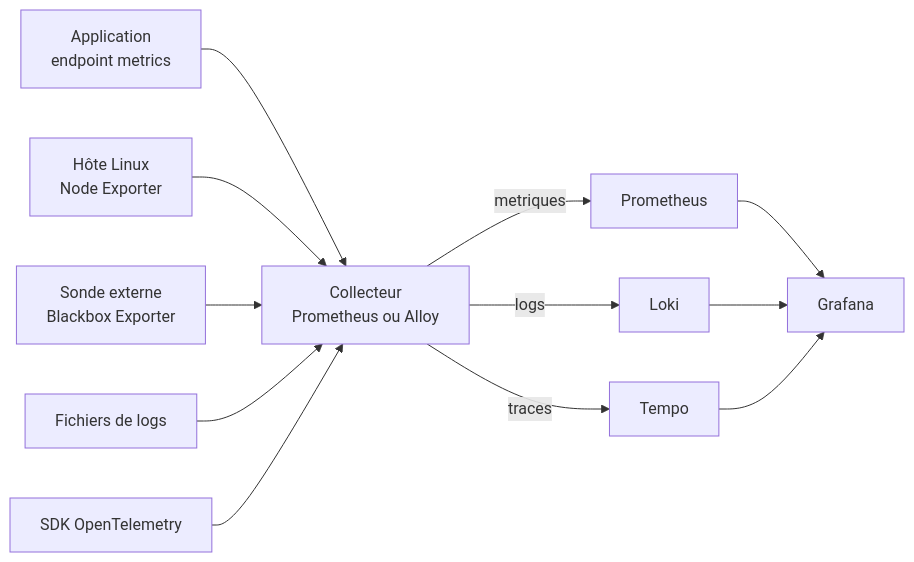
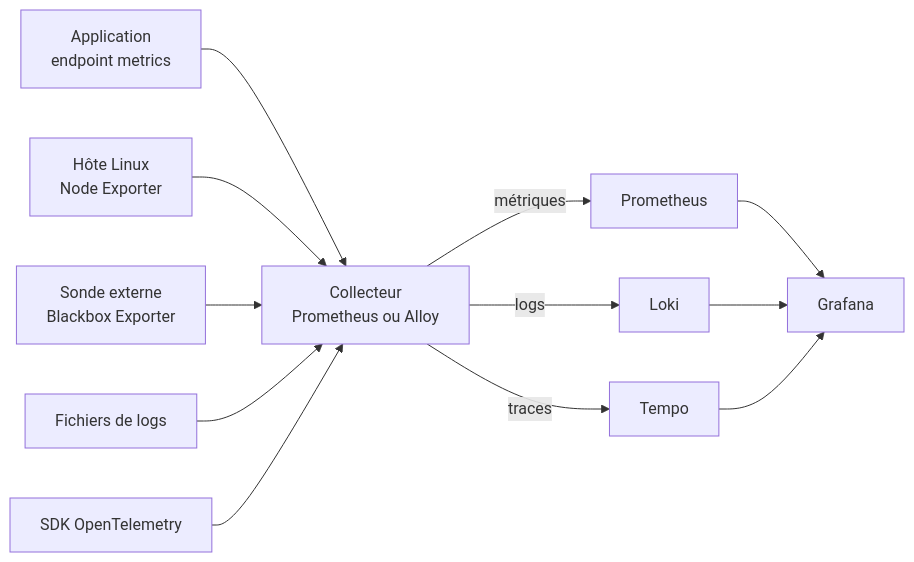
The first of 3 diagrams in courses/grafana/21_collecte_integration.md (Gooseppr/GevOps_LC), drawn with Mermaid before and after one commit. The commit also changed 56 other files, not shown here.

````diff
--- a/courses/grafana/21_collecte_integration.md
+++ b/courses/grafana/21_collecte_integration.md
@@ -55,14 +55,14 @@
 ```mermaid
 flowchart LR
     A["Application<br/>endpoint metrics"] --> C["Collecteur<br/>Prometheus ou Alloy"]
     H["Hôte Linux<br/>Node Exporter"] --> C
     W["Sonde externe<br/>Blackbox Exporter"] --> C
     F["Fichiers de logs"] --> C
     O["SDK OpenTelemetry"] --> C
-    C -->|metriques| P["Prometheus"]
+    C -->|métriques| P["Prometheus"]
     C -->|logs| L["Loki"]
     C -->|traces| T["Tempo"]
     P --> G["Grafana"]
     L --> G
     T --> G
 ```
````
